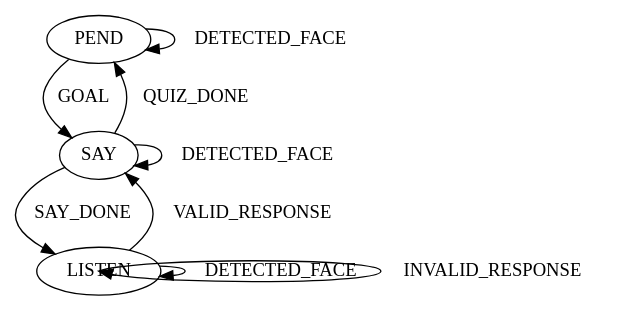
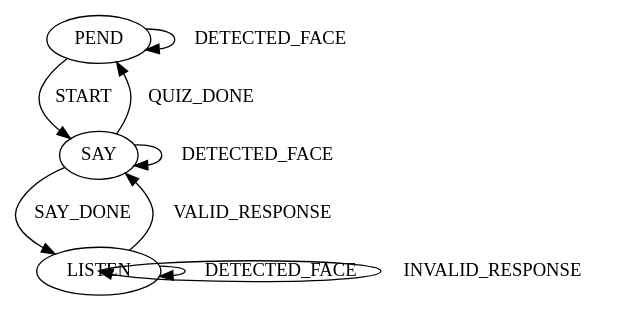
Before and after one commit to mjyc/cycle-robot-drivers: the diagram in docs/travel_personality_quiz_fsm.dot, drawn with Graphviz. The commit also changed 3 other files, not shown here.

```diff
--- a/docs/travel_personality_quiz_fsm.dot
+++ b/docs/travel_personality_quiz_fsm.dot
@@ -1,11 +1,11 @@
 digraph {
 forcelabels=true
-  PEND -> SAY [ label="  GOAL  " ]
+  PEND -> SAY [ label="  START  " ]
   PEND -> PEND [ label="  DETECTED_FACE  " ]
   SAY -> LISTEN [ label="  SAY_DONE  " ]
   SAY -> PEND [ label="  QUIZ_DONE  " ]
   SAY -> SAY [ label="  DETECTED_FACE  " ]
   LISTEN -> SAY [ label="  VALID_RESPONSE  " ]
   LISTEN:s -> LISTEN:s [ label="  INVALID_RESPONSE  " ]
   LISTEN -> LISTEN [ label="  DETECTED_FACE  " ]
 }
```
